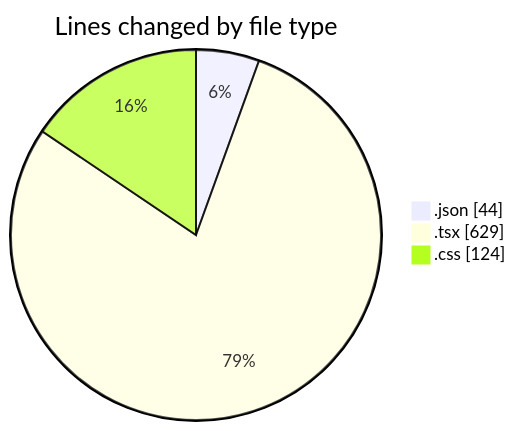
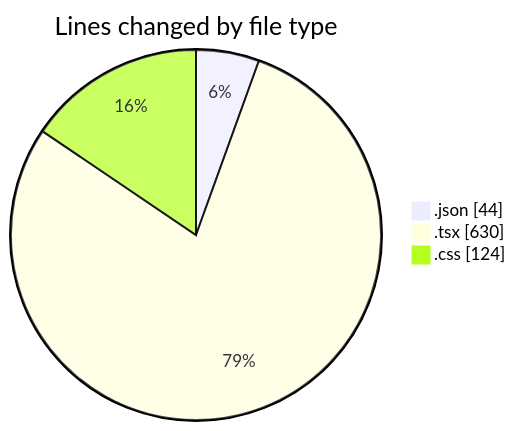
The first of 2 diagrams in 2025-03-18/peregrino-web/README.md (robertbonfada/code-tracking), drawn with Mermaid before and after one commit. The commit also changed other lines of this file and 1 other file, not shown here.

````diff
--- a/2025-03-18/peregrino-web/README.md
+++ b/2025-03-18/peregrino-web/README.md
@@ -28,7 +28,7 @@
 ```mermaid
 pie showData
 title Lines changed by file type
 ".json" : 44
-".tsx" : 629
+".tsx" : 630
 ".css" : 124
 ```
````
